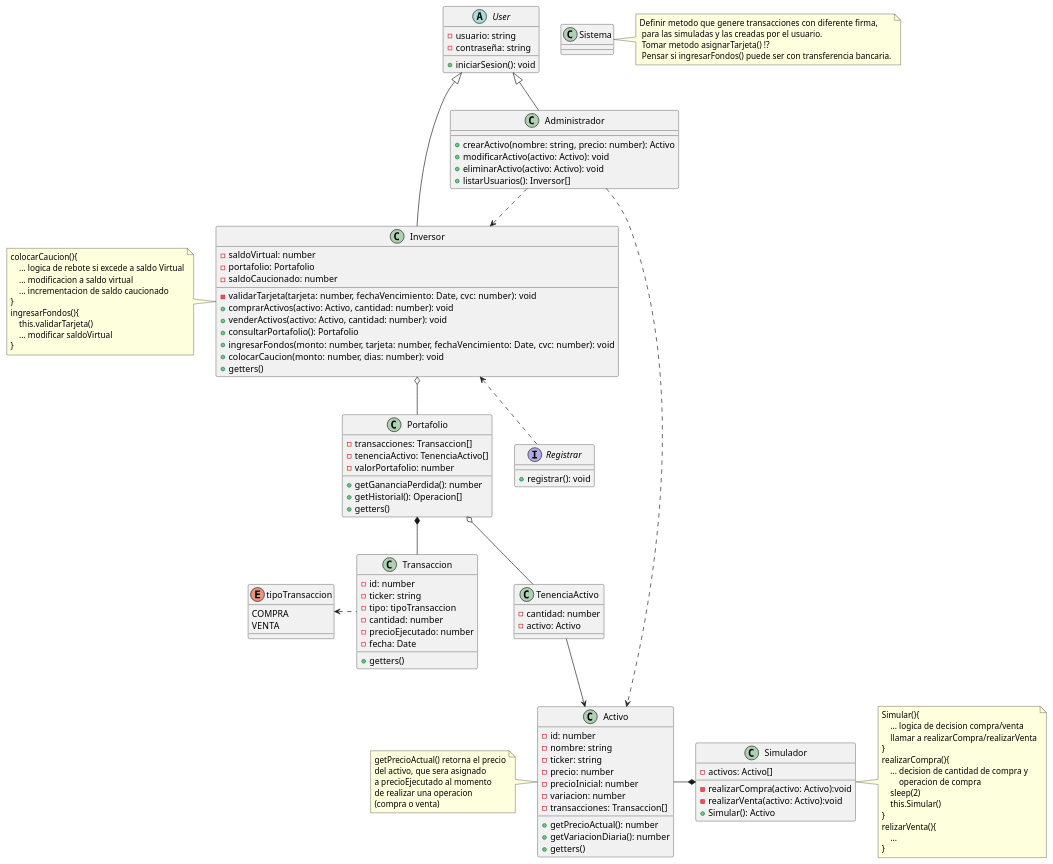
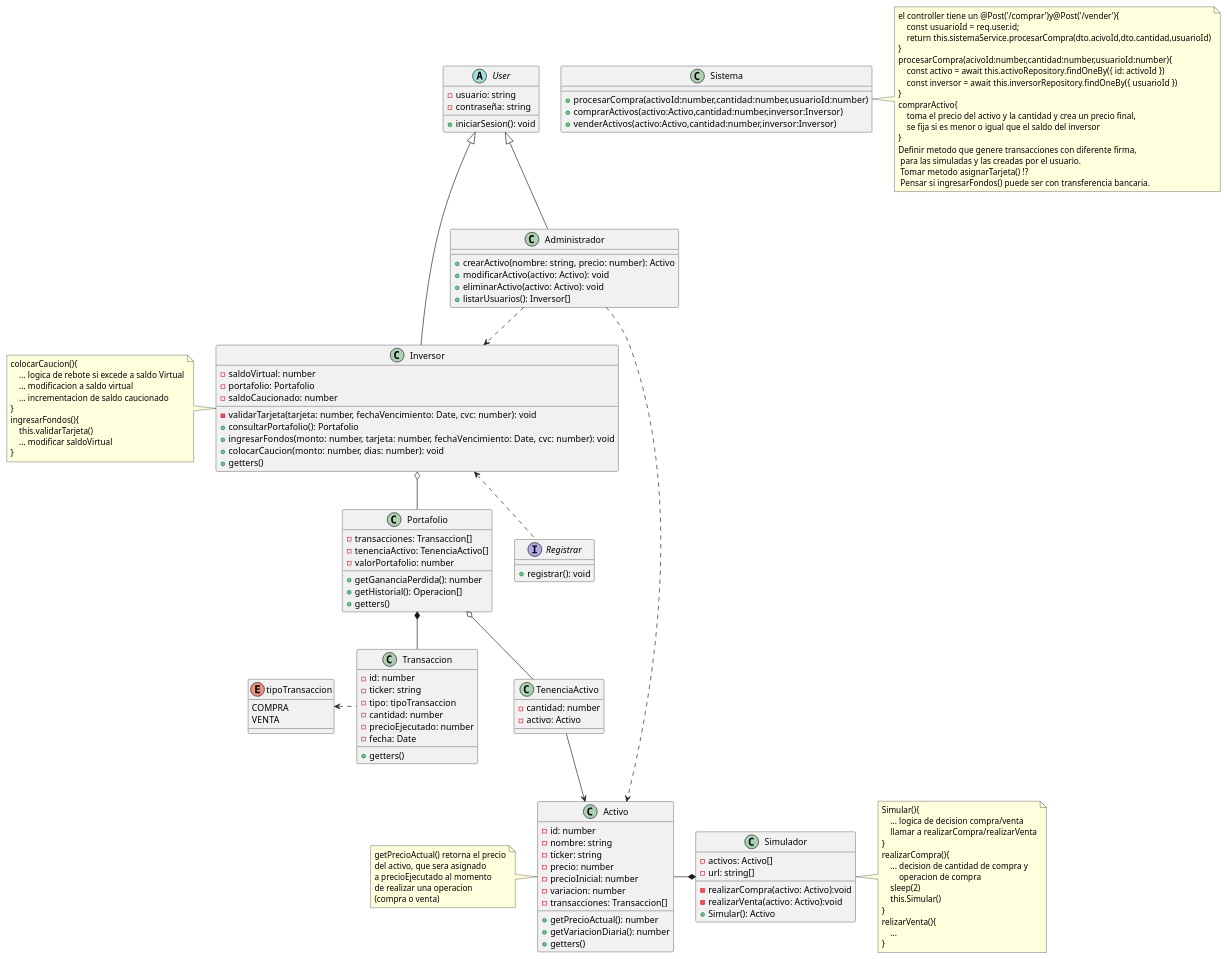
Before and after one commit to Nash-Blip/Simulador-de-Inversiones: the diagram in diagramas/diagrama_de_clases.puml, drawn with PlantUML. The commit also changed 1 other file, not shown here.

Commit message:
implementacion Sistema

```diff
--- a/diagramas/diagrama_de_clases.puml
+++ b/diagramas/diagrama_de_clases.puml
@@ -1,140 +1,158 @@
 @startuml name diagrama de clases
 
 enum tipoTransaccion{
     COMPRA
     VENTA
 }
 
 abstract class User{
     - usuario: string
     - contraseña: string
     + iniciarSesion(): void
 }
 
 interface Registrar{
     + registrar(): void
 }
 
 class Inversor extends User{
     - saldoVirtual: number
     - portafolio: Portafolio
     - saldoCaucionado: number
 
     - validarTarjeta(tarjeta: number, fechaVencimiento: Date, cvc: number): void
-    + comprarActivos(activo: Activo, cantidad: number): void
-    + venderActivos(activo: Activo, cantidad: number): void
+    ' + comprarActivos(activo: Activo, cantidad: number): void
+    ' + venderActivos(activo: Activo, cantidad: number): void
     + consultarPortafolio(): Portafolio
     + ingresarFondos(monto: number, tarjeta: number, fechaVencimiento: Date, cvc: number): void
     + colocarCaucion(monto: number, dias: number): void
     + getters()
 }
 
 class Administrador extends User{
     + crearActivo(nombre: string, precio: number): Activo
     + modificarActivo(activo: Activo): void
     + eliminarActivo(activo: Activo): void
     + listarUsuarios(): Inversor[]
 }
 
 class Portafolio{
     - transacciones: Transaccion[]
     - tenenciaActivo: TenenciaActivo[]
     - valorPortafolio: number
 
     + getGananciaPerdida(): number
     + getHistorial(): Operacion[]
     + getters()
 }
 
 class TenenciaActivo{
     - cantidad: number
     - activo: Activo
 }
 
 class Activo{
     - id: number
     - nombre: string
     - ticker: string
     - precio: number
     - precioInicial: number
     - variacion: number
     - transacciones: Transaccion[]
     + getPrecioActual(): number
     + getVariacionDiaria(): number
     + getters()
 }
 
 class Transaccion{
     - id: number
     - ticker: string
     - tipo: tipoTransaccion
     - cantidad: number
     - precioEjecutado: number
     - fecha: Date
     + getters()
 }
 
 class Simulador{
     - activos: Activo[]
+    - url: string[]
 
     - realizarCompra(activo: Activo):void
     - realizarVenta(activo: Activo):void
     + Simular(): Activo
 }
 
-class Sistema{}
+class Sistema{
+    + procesarCompra(activoId:number,cantidad:number,usuarioId:number)
+    + comprarActivos(activo:Activo,cantidad:number,inversor:Inversor)
+    + venderActivos(activo:Activo,cantidad:number,inversor:Inversor)
+}
+
 
 note right of Sistema
+    el controller tiene un @Post('/comprar')y@Post('/vender'){
+        const usuarioId = req.user.id;
+        return this.sistemaService.procesarCompra(dto.acivoId,dto.cantidad,usuarioId)
+    }
+    procesarCompra(acivoId:number,cantidad:number,usuarioId:number){
+        const activo = await this.activoRepository.findOneBy({ id: activoId })
+        const inversor = await this.inversorRepository.findOneBy({ usuarioId })
+    }
+    comprarActivo{
+        toma el precio del activo y la cantidad y crea un precio final,
+        se fija si es menor o igual que el saldo del inversor
+    }
     Definir metodo que genere transacciones con diferente firma,
      para las simuladas y las creadas por el usuario.
      Tomar metodo asignarTarjeta() !?
      Pensar si ingresarFondos() puede ser con transferencia bancaria.
 end note
 
 note left of Activo
     getPrecioActual() retorna el precio
     del activo, que sera asignado
     a precioEjecutado al momento
     de realizar una operacion
     (compra o venta)
 end note
 
 note right of Simulador 
     Simular(){
         ... logica de decision compra/venta
         llamar a realizarCompra/realizarVenta
     }
     realizarCompra(){
         ... decision de cantidad de compra y 
             operacion de compra
         sleep(2)
         this.Simular()
     }
     relizarVenta(){
         ...
     }
 end note
 
 note left of Inversor 
     colocarCaucion(){
         ... logica de rebote si excede a saldo Virtual
         ... modificacion a saldo virtual
         ... incrementacion de saldo caucionado
     }
     ingresarFondos(){
         this.validarTarjeta()
         ... modificar saldoVirtual
     }
 end note
 
 Inversor o-- Portafolio 
 Portafolio *-- Transaccion
 Transaccion .l.> tipoTransaccion
 Administrador ..> Activo
 Portafolio o-- TenenciaActivo
 TenenciaActivo --> Activo
 Administrador ..> Inversor
 Registrar .u.> Inversor
 Simulador *-l- Activo
 
 @enduml
```
